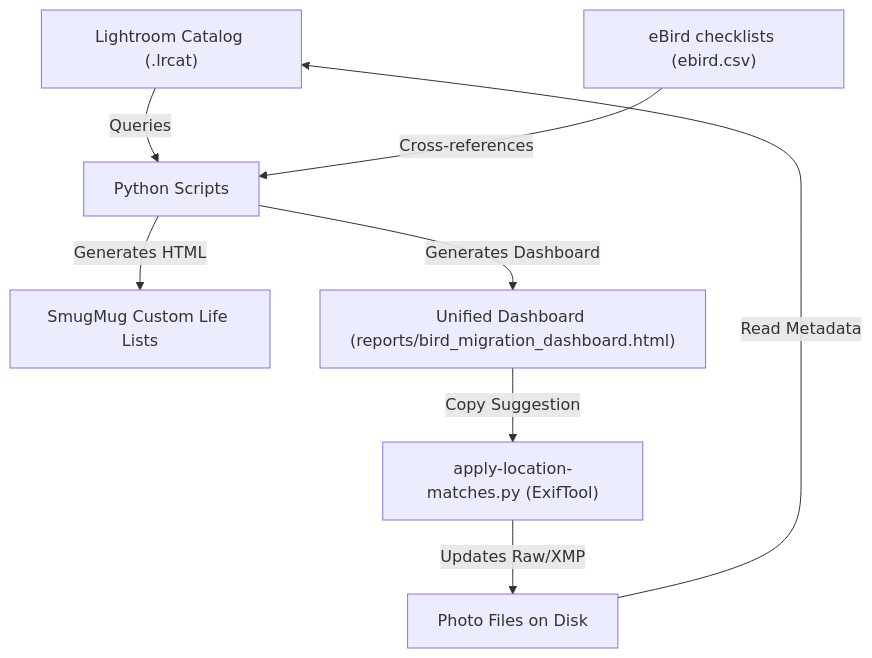
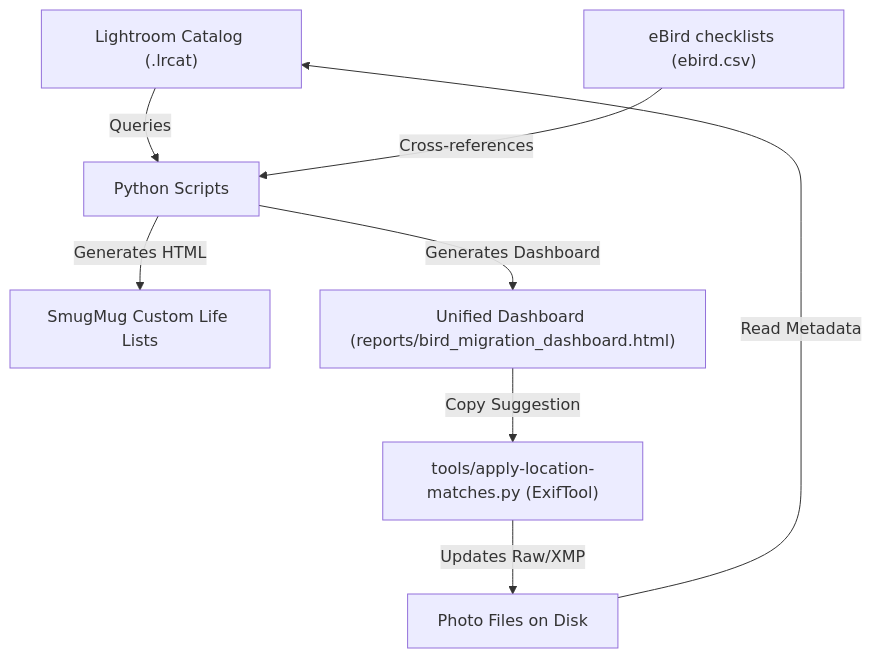
The diagram in README.md (wfwalker/smugmug-species-list), drawn with Mermaid before and after one commit. The commit also changed other lines of this file, not shown here.

````diff
--- a/README.md
+++ b/README.md
@@ -9,10 +9,10 @@
 ```mermaid
 graph TD
     A["Lightroom Catalog (.lrcat)"] -->|Queries| B["Python Scripts"]
     C["eBird checklists (ebird.csv)"] -->|Cross-references| B
     B -->|Generates HTML| D["SmugMug Custom Life Lists"]
     B -->|Generates Dashboard| E["Unified Dashboard (reports/bird_migration_dashboard.html)"]
-    E -->|Copy Suggestion| F["apply-location-matches.py (ExifTool)"]
+    E -->|Copy Suggestion| F["tools/apply-location-matches.py (ExifTool)"]
     F -->|Updates Raw/XMP| G["Photo Files on Disk"]
     G -->|Read Metadata| A
 ```
````
